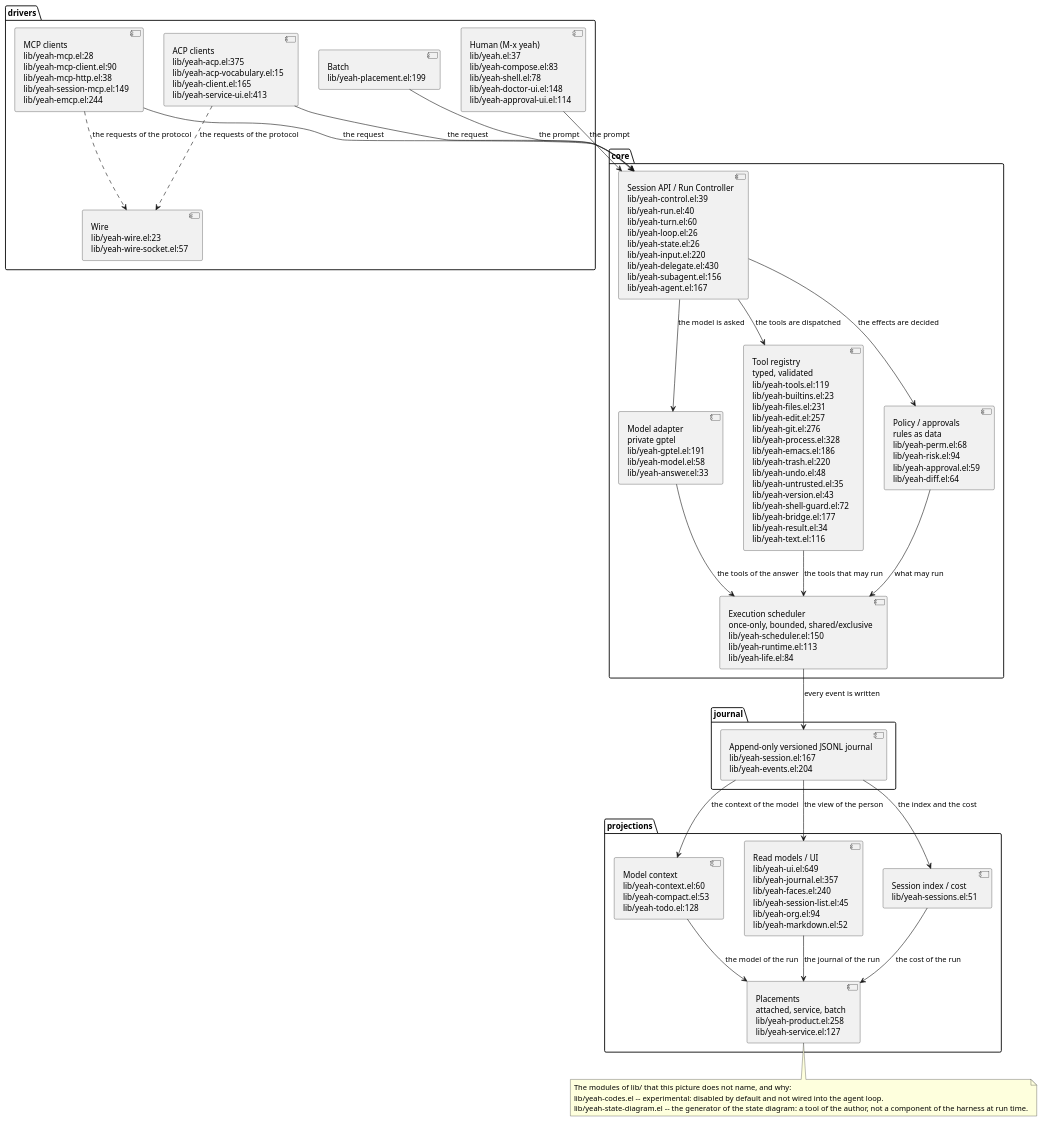
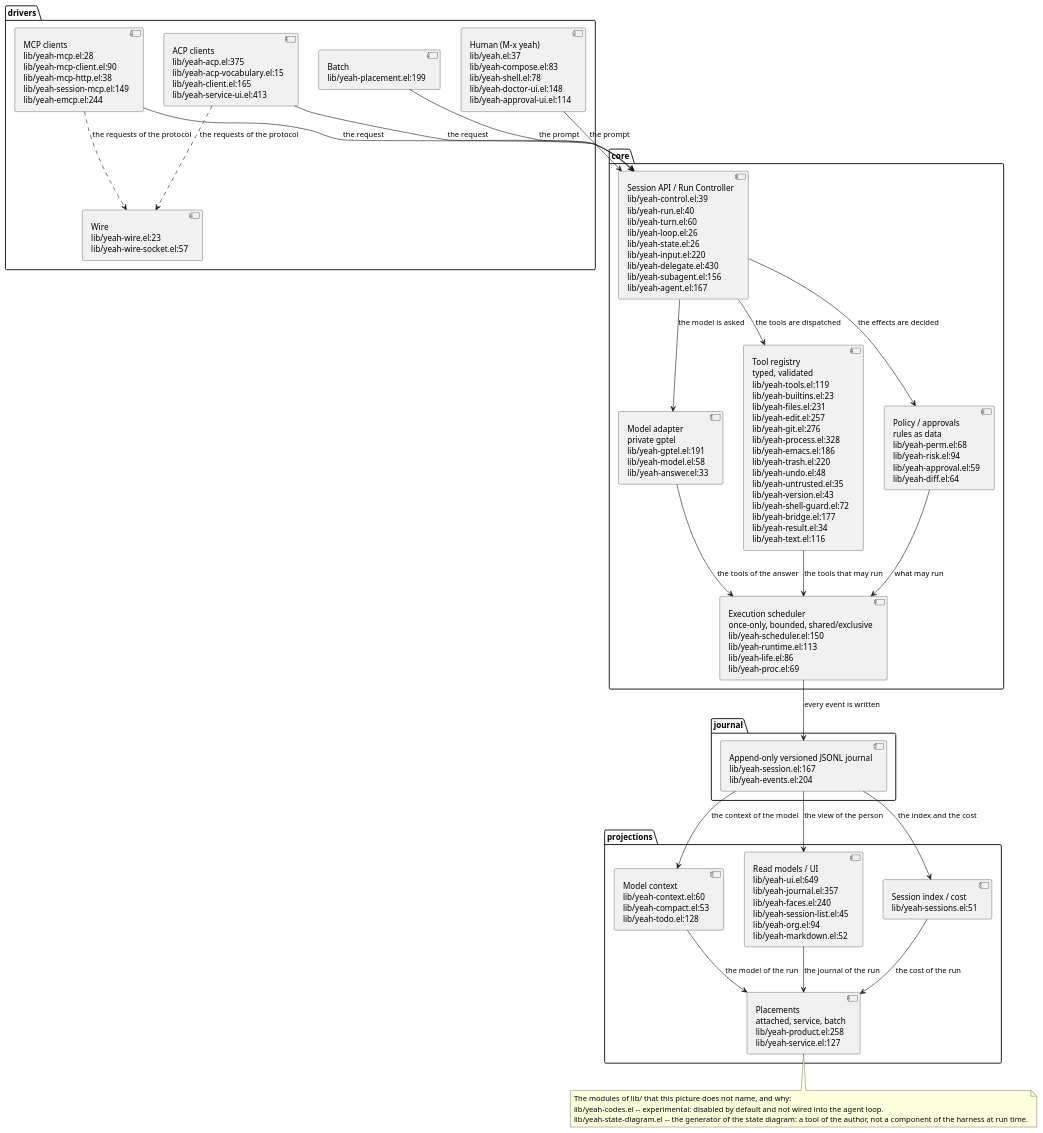
Before and after one commit to 11111000000/yeah: the diagram in site/diagrams/core-layers.puml, drawn with PlantUML. The commit also changed 2 other files, not shown here.

Commit message:
feat(kernel): read the life of a process from its state
The reader of the tree of the processes moves into the kernel:
`lib/yeah-proc.el' holds the reading of the state and of the ticks of a
process, and it answers nil for a process that is gone -- nil is not
the number zero -- and raises no error for a PID that names no process.

The kernel needs it now: `lib/yeah-life.el' asked whether the owner of
a life socket was alive by asking whether the directory of the process
is there, and that question has the wrong answer.  The directory of a
zombie is there as well, so a zombie owner kept its socket, the sweep
of the sockets did not take it away, and the adoption of it refused
with "belongs to a living process" -- a service that could not start
because of a process that is dead.

The rule of the life of a process is now one function of one letter:
`yeah-proc--alive-p' answers alive for `S' and `R', dead for `Z', dead
for the state nil of a process that is not there, and dead for every
other letter.  The rule is asked and not repeated, and the picture of
the layers names the module that holds it.

```diff
--- a/site/diagrams/core-layers.puml
+++ b/site/diagrams/core-layers.puml
@@ -1,69 +1,69 @@
 @startuml core-layers
 ' The layers of the core of Yeah.
 '
 ' The same picture as the ASCII figure of the site and as the component
 ' architecture of `docs/ARCHITECTURE.md' §5, in the notation of components:
 ' the drivers submit to the run controller, the controller drives the model
 ' adapter, the tool registry and the policy, the scheduler runs what may
 ' run, everything that happened is written into one journal, and the
 ' projections read the journal.
 '
 ' Every block names the files that implement it, as `file:line'.  The
 ' modules of `lib/' that this picture does not name are listed in the note
 ' at the end of this file, with the reason why they are not there.
 
 package "drivers" as drivers {
   component "Human (M-x yeah)\nlib/yeah.el:37\nlib/yeah-compose.el:83\nlib/yeah-shell.el:78\nlib/yeah-doctor-ui.el:148\nlib/yeah-approval-ui.el:114" as human
   component "ACP clients\nlib/yeah-acp.el:375\nlib/yeah-acp-vocabulary.el:15\nlib/yeah-client.el:165\nlib/yeah-service-ui.el:413" as acp
   component "MCP clients\nlib/yeah-mcp.el:28\nlib/yeah-mcp-client.el:90\nlib/yeah-mcp-http.el:38\nlib/yeah-session-mcp.el:149\nlib/yeah-emcp.el:244" as mcp
   component "Batch\nlib/yeah-placement.el:199" as batch
   component "Wire\nlib/yeah-wire.el:23\nlib/yeah-wire-socket.el:57" as wire
 }
 
 package "core" as core {
   component "Session API / Run Controller\nlib/yeah-control.el:39\nlib/yeah-run.el:40\nlib/yeah-turn.el:60\nlib/yeah-loop.el:26\nlib/yeah-state.el:26\nlib/yeah-input.el:220\nlib/yeah-delegate.el:430\nlib/yeah-subagent.el:156\nlib/yeah-agent.el:167" as controller
   component "Model adapter\nprivate gptel\nlib/yeah-gptel.el:191\nlib/yeah-model.el:58\nlib/yeah-answer.el:33" as model_adapter
   component "Tool registry\ntyped, validated\nlib/yeah-tools.el:119\nlib/yeah-builtins.el:23\nlib/yeah-files.el:231\nlib/yeah-edit.el:257\nlib/yeah-git.el:276\nlib/yeah-process.el:328\nlib/yeah-emacs.el:186\nlib/yeah-trash.el:220\nlib/yeah-undo.el:48\nlib/yeah-untrusted.el:35\nlib/yeah-version.el:43\nlib/yeah-shell-guard.el:72\nlib/yeah-bridge.el:177\nlib/yeah-result.el:34\nlib/yeah-text.el:116" as registry
   component "Policy / approvals\nrules as data\nlib/yeah-perm.el:68\nlib/yeah-risk.el:94\nlib/yeah-approval.el:59\nlib/yeah-diff.el:64" as policy
-  component "Execution scheduler\nonce-only, bounded, shared/exclusive\nlib/yeah-scheduler.el:150\nlib/yeah-runtime.el:113\nlib/yeah-life.el:84" as scheduler
+  component "Execution scheduler\nonce-only, bounded, shared/exclusive\nlib/yeah-scheduler.el:150\nlib/yeah-runtime.el:113\nlib/yeah-life.el:86\nlib/yeah-proc.el:69" as scheduler
 }
 
 package "journal" as journal {
   component "Append-only versioned JSONL journal\nlib/yeah-session.el:167\nlib/yeah-events.el:204" as log
 }
 
 package "projections" as projections {
   component "Model context\nlib/yeah-context.el:60\nlib/yeah-compact.el:53\nlib/yeah-todo.el:128" as context
   component "Read models / UI\nlib/yeah-ui.el:649\nlib/yeah-journal.el:357\nlib/yeah-faces.el:240\nlib/yeah-session-list.el:45\nlib/yeah-org.el:94\nlib/yeah-markdown.el:52" as ui
   component "Session index / cost\nlib/yeah-sessions.el:51" as sessions
   component "Placements\nattached, service, batch\nlib/yeah-product.el:258\nlib/yeah-service.el:127" as placements
 }
 
 human --> controller : the prompt
 acp --> controller : the request
 mcp --> controller : the request
 batch --> controller : the prompt
 acp ..> wire : the requests of the protocol
 mcp ..> wire : the requests of the protocol
 
 controller --> model_adapter : the model is asked
 controller --> registry : the tools are dispatched
 controller --> policy : the effects are decided
 model_adapter --> scheduler : the tools of the answer
 registry --> scheduler : the tools that may run
 policy --> scheduler : what may run
 scheduler --> log : every event is written
 
 log --> context : the context of the model
 log --> ui : the view of the person
 log --> sessions : the index and the cost
 context --> placements : the model of the run
 ui --> placements : the journal of the run
 sessions --> placements : the cost of the run
 
 note bottom
   The modules of lib/ that this picture does not name, and why:
   lib/yeah-codes.el -- experimental: disabled by default and not wired into the agent loop.
   lib/yeah-state-diagram.el -- the generator of the state diagram: a tool of the author, not a component of the harness at run time.
 end note
 @enduml
```
